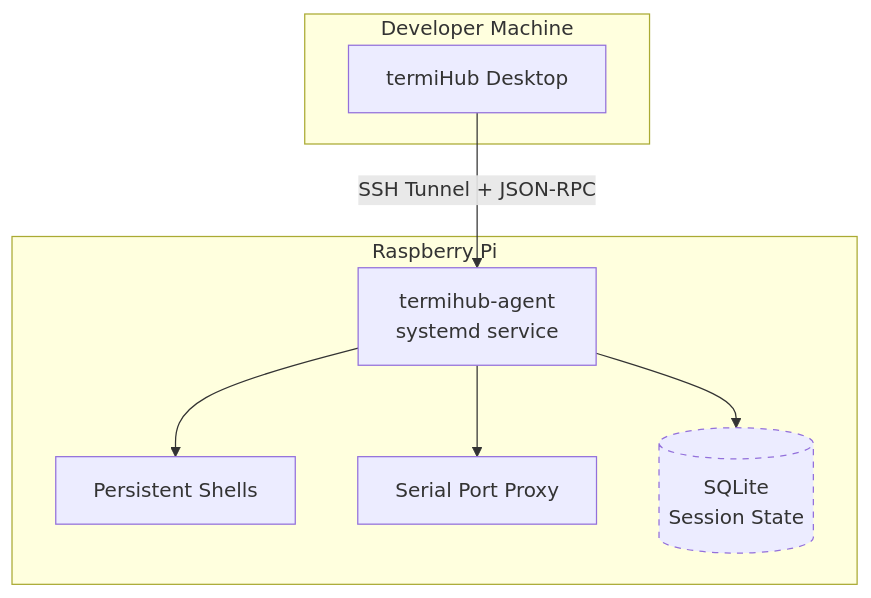
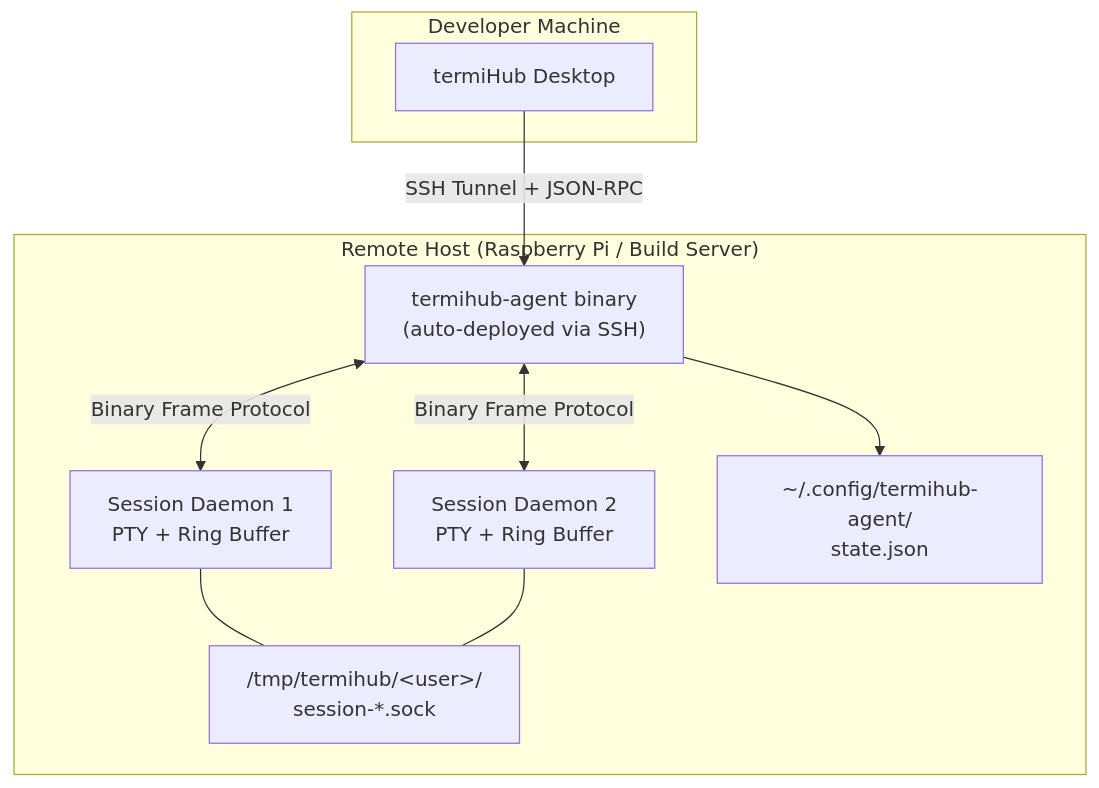
Before and after one commit to armaxri/termiHub: diagram 16 of 17 in docs/architecture.md, drawn with Mermaid. The commit also changed other lines of this file, not shown here.

First line of the commit message:
docs(architecture): consolidate agent phase docs into main architecture

````diff
--- a/docs/architecture.md
+++ b/docs/architecture.md
@@ -514,17 +659,21 @@
 ```mermaid
 graph TB
     subgraph "Developer Machine"
         APP[termiHub Desktop]
     end
 
-    subgraph "Raspberry Pi"
-        AGENT[termihub-agent<br/>systemd service]
-        AGENT --> SHELL[Persistent Shells]
-        AGENT --> SERIAL_P[Serial Port Proxy]
-        AGENT --> DB[(SQLite<br/>Session State)]
+    subgraph "Remote Host (Raspberry Pi / Build Server)"
+        AGENT["termihub-agent binary<br/>(auto-deployed via SSH)"]
+        SD1[Session Daemon 1<br/>PTY + Ring Buffer]
+        SD2[Session Daemon 2<br/>PTY + Ring Buffer]
+        STATE["~/.config/termihub-agent/<br/>state.json"]
+        SOCKETS["/tmp/termihub/&lt;user&gt;/<br/>session-*.sock"]
     end
 
     APP -->|SSH Tunnel + JSON-RPC| AGENT
-
-    style DB stroke-dasharray: 5 5
+    AGENT <-->|Binary Frame Protocol| SD1
+    AGENT <-->|Binary Frame Protocol| SD2
+    AGENT --> STATE
+    SD1 --- SOCKETS
+    SD2 --- SOCKETS
 ```
````
